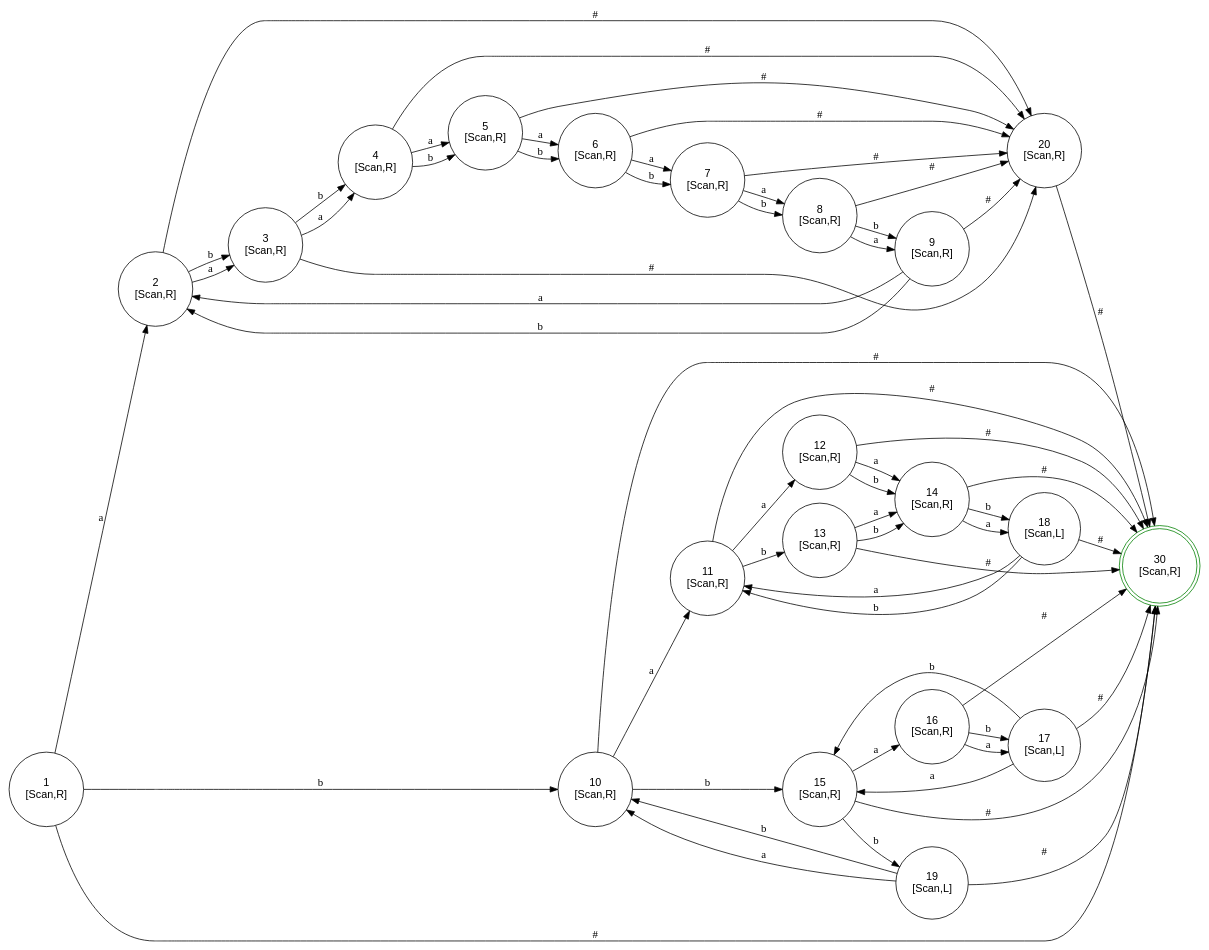
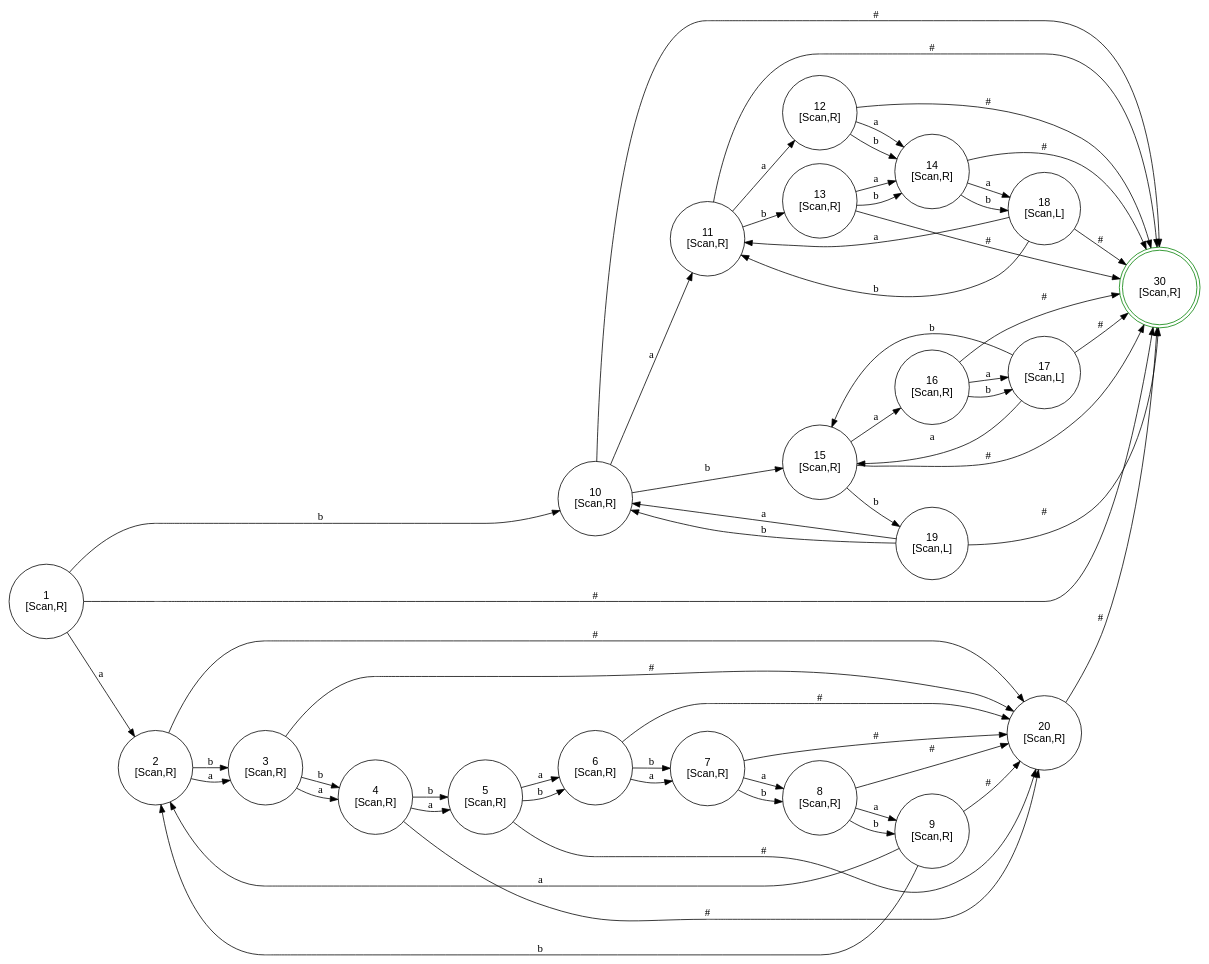
Before and after one commit to kokobabe99/turing_point: the diagram in dots/twa.dot, drawn with Graphviz. The commit also changed other lines of this file and 7 other files, not shown here.

```diff
--- a/dots/twa.dot
+++ b/dots/twa.dot
@@ -1,82 +1,82 @@
 digraph FSM {
   rankdir=LR; node [shape=circle, fontname="Arial"];
   1 [label="1\n[Scan,R]", shape=circle];
-  1 -> 2 [label="a"];
   1 -> 10 [label="b"];
   1 -> 30 [label="#"];
+  1 -> 2 [label="a"];
   2 [label="2\n[Scan,R]", shape=circle];
-  2 -> 20 [label="#"];
   2 -> 3 [label="a"];
   2 -> 3 [label="b"];
+  2 -> 20 [label="#"];
   3 [label="3\n[Scan,R]", shape=circle];
   3 -> 4 [label="a"];
   3 -> 4 [label="b"];
   3 -> 20 [label="#"];
   4 [label="4\n[Scan,R]", shape=circle];
   4 -> 5 [label="a"];
   4 -> 5 [label="b"];
   4 -> 20 [label="#"];
   5 [label="5\n[Scan,R]", shape=circle];
   5 -> 6 [label="a"];
   5 -> 6 [label="b"];
   5 -> 20 [label="#"];
   6 [label="6\n[Scan,R]", shape=circle];
-  6 -> 20 [label="#"];
   6 -> 7 [label="a"];
   6 -> 7 [label="b"];
+  6 -> 20 [label="#"];
   7 [label="7\n[Scan,R]", shape=circle];
+  7 -> 8 [label="a"];
   7 -> 8 [label="b"];
   7 -> 20 [label="#"];
-  7 -> 8 [label="a"];
   8 [label="8\n[Scan,R]", shape=circle];
   8 -> 9 [label="a"];
   8 -> 9 [label="b"];
   8 -> 20 [label="#"];
   9 [label="9\n[Scan,R]", shape=circle];
   9 -> 2 [label="a"];
   9 -> 2 [label="b"];
   9 -> 20 [label="#"];
   10 [label="10\n[Scan,R]", shape=circle];
+  10 -> 30 [label="#"];
   10 -> 11 [label="a"];
   10 -> 15 [label="b"];
-  10 -> 30 [label="#"];
   11 [label="11\n[Scan,R]", shape=circle];
+  11 -> 30 [label="#"];
   11 -> 12 [label="a"];
   11 -> 13 [label="b"];
-  11 -> 30 [label="#"];
   12 [label="12\n[Scan,R]", shape=circle];
   12 -> 14 [label="a"];
   12 -> 14 [label="b"];
   12 -> 30 [label="#"];
   13 [label="13\n[Scan,R]", shape=circle];
   13 -> 14 [label="a"];
   13 -> 14 [label="b"];
   13 -> 30 [label="#"];
   14 [label="14\n[Scan,R]", shape=circle];
+  14 -> 18 [label="a"];
   14 -> 18 [label="b"];
   14 -> 30 [label="#"];
-  14 -> 18 [label="a"];
   15 [label="15\n[Scan,R]", shape=circle];
   15 -> 16 [label="a"];
   15 -> 19 [label="b"];
   15 -> 30 [label="#"];
   16 [label="16\n[Scan,R]", shape=circle];
+  16 -> 17 [label="a"];
   16 -> 17 [label="b"];
   16 -> 30 [label="#"];
-  16 -> 17 [label="a"];
   17 [label="17\n[Scan,L]", shape=circle];
   17 -> 15 [label="a"];
   17 -> 15 [label="b"];
   17 -> 30 [label="#"];
   18 [label="18\n[Scan,L]", shape=circle];
   18 -> 11 [label="a"];
   18 -> 11 [label="b"];
   18 -> 30 [label="#"];
   19 [label="19\n[Scan,L]", shape=circle];
+  19 -> 10 [label="a"];
   19 -> 10 [label="b"];
   19 -> 30 [label="#"];
-  19 -> 10 [label="a"];
   20 [label="20\n[Scan,R]", shape=circle];
   20 -> 30 [label="#"];
   30 [label="30\n[Scan,R]", shape=doublecircle, color="green"];
 }
```
